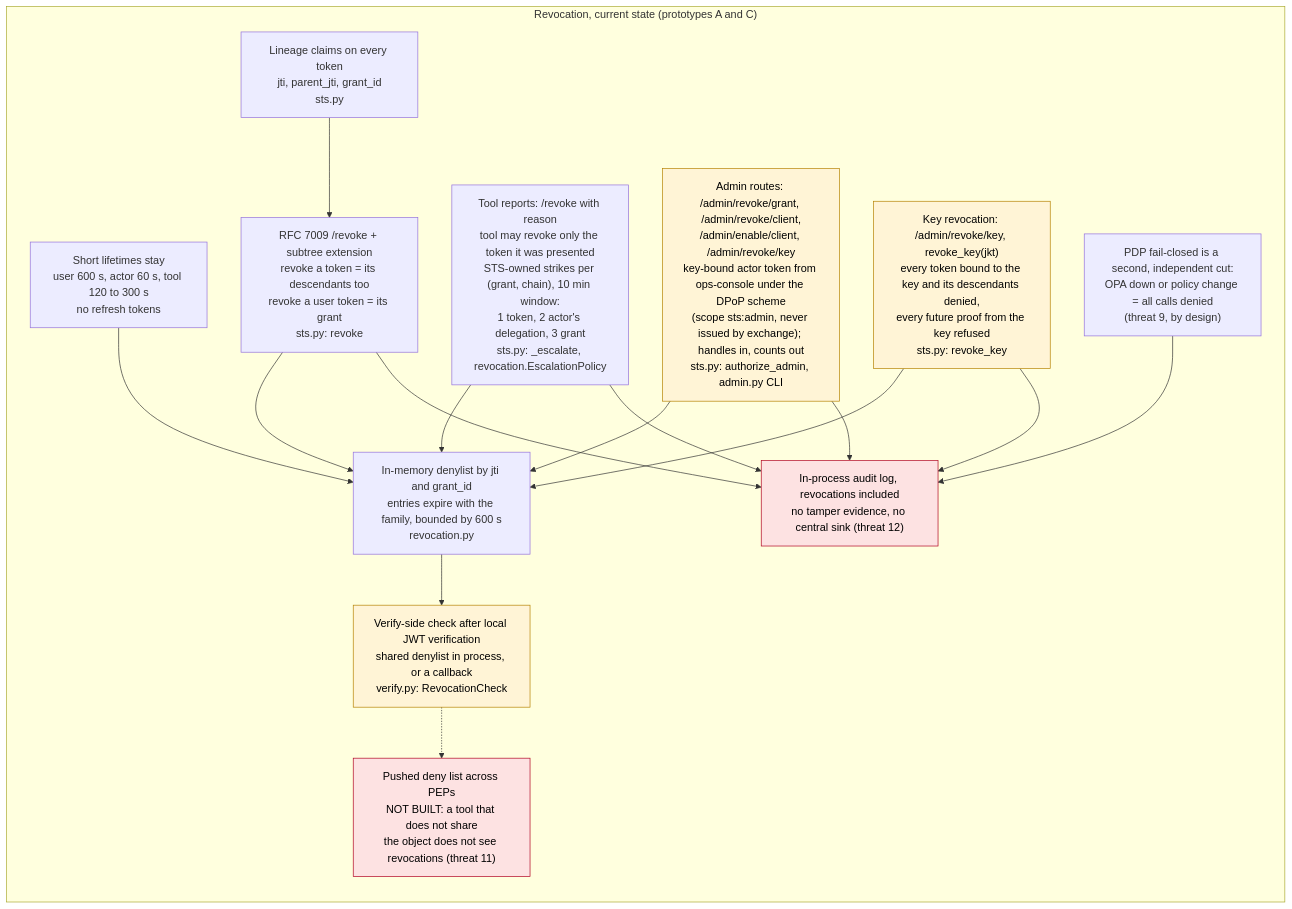
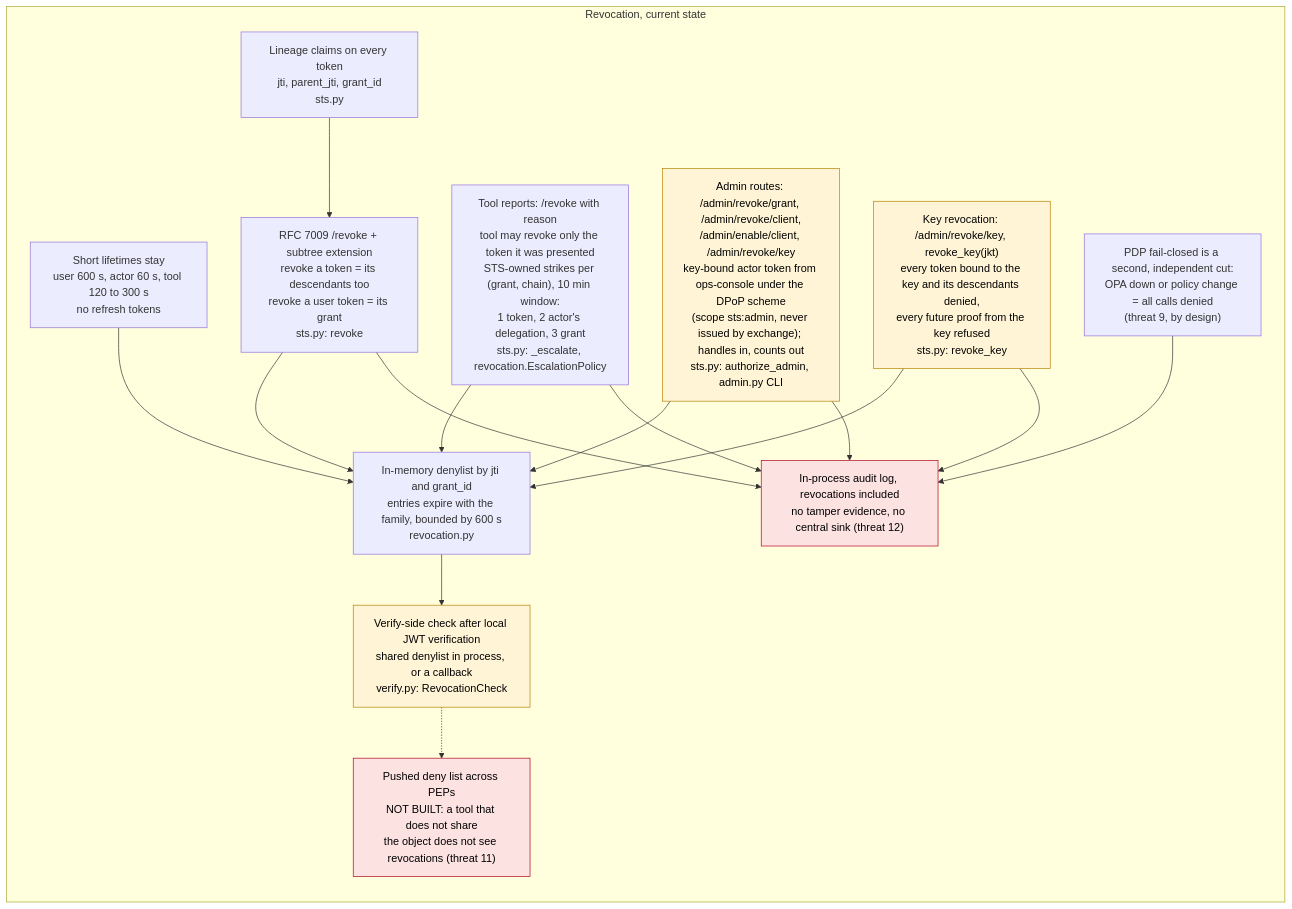
The second of 4 diagrams in security/delegation/README.md (ianisms/ai-orchestrator), drawn with Mermaid before and after one commit. The commit also changed other lines of this file and 4 other files, not shown here.

````diff
--- a/security/delegation/README.md
+++ b/security/delegation/README.md
@@ -89,31 +89,31 @@
 ```mermaid
 flowchart LR
-    subgraph Now["Revocation, current state (prototypes A and C)"]
+    subgraph Now["Revocation, current state"]
         TTL["Short lifetimes stay<br/>user 600 s, actor 60 s, tool 120 to 300 s<br/>no refresh tokens"]
         LIN["Lineage claims on every token<br/>jti, parent_jti, grant_id<br/>sts.py"]
         REV["RFC 7009 /revoke + subtree extension<br/>revoke a token = its descendants too<br/>revoke a user token = its grant<br/>sts.py: revoke"]
         RPT["Tool reports: /revoke with reason<br/>tool may revoke only the token it was presented<br/>STS-owned strikes per (grant, chain), 10 min window:<br/>1 token, 2 actor's delegation, 3 grant<br/>sts.py: _escalate, revocation.EscalationPolicy"]
         ADM["Admin routes: /admin/revoke/grant, /admin/revoke/client,<br/>/admin/enable/client, /admin/revoke/key<br/>key-bound actor token from ops-console under the DPoP scheme<br/>(scope sts:admin, never issued by exchange); handles in, counts out<br/>sts.py: authorize_admin, admin.py CLI"]
         KREV["Key revocation: /admin/revoke/key, revoke_key(jkt)<br/>every token bound to the key and its descendants denied,<br/>every future proof from the key refused<br/>sts.py: revoke_key"]
         DENY["In-memory denylist by jti and grant_id<br/>entries expire with the family, bounded by 600 s<br/>revocation.py"]
         HOOK["Verify-side check after local JWT verification<br/>shared denylist in process, or a callback<br/>verify.py: RevocationCheck"]
         PUSH["Pushed deny list across PEPs<br/>NOT BUILT: a tool that does not share<br/>the object does not see revocations (threat 11)"]
         PDPX["PDP fail-closed is a second, independent cut:<br/>OPA down or policy change = all calls denied<br/>(threat 9, by design)"]
         LOG["In-process audit log, revocations included<br/>no tamper evidence, no central sink (threat 12)"]
     end
     LIN --> REV --> DENY --> HOOK
     RPT --> DENY
     ADM --> DENY
     KREV --> DENY
     HOOK -.-> PUSH
     TTL --> DENY
     PDPX --> LOG
     REV --> LOG
     RPT --> LOG
     ADM --> LOG
     KREV --> LOG
     classDef gap fill:#fde2e2,stroke:#b00020,color:#000;
     classDef partial fill:#fff4d6,stroke:#b58100,color:#000;
     class PUSH,LOG gap;
     class HOOK,ADM,KREV partial;
 ```
````
